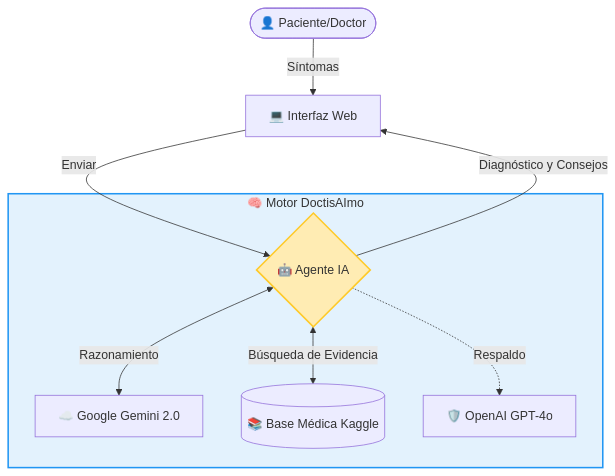
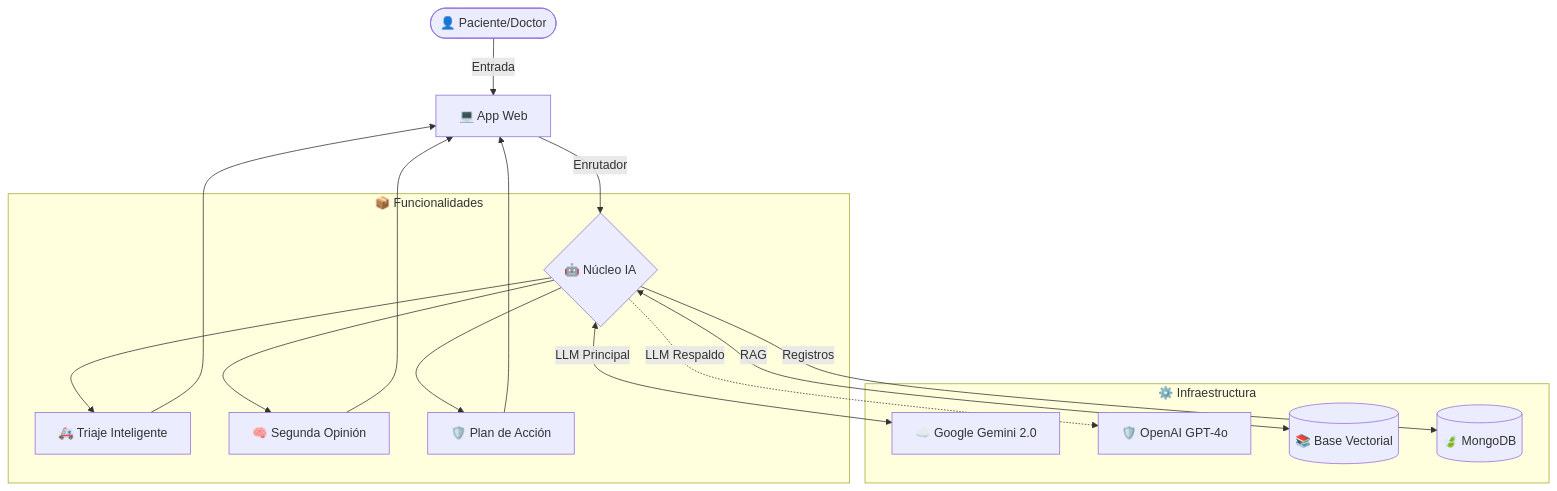
One commit to Adam-Blf/Projet-IA-Generative-Doctis-AI-mo changed the third of 8 diagrams in README.md. Above: the diagram before and after it, drawn with Mermaid. The commit also changed other lines of this file, not shown here.

Commit message:
Docs: Center Align Header & Enhanced Dark-Mode Friendly Diagrams

````diff
--- a/README.md
+++ b/README.md
@@ -241,16 +243,20 @@
 ```mermaid
 graph TD
-    User([👤 Paciente/Doctor]) -->|Síntomas| UI[💻 Interfaz Web];
-    UI -->|Enviar| Agent{🤖 Agente IA};
+    User([👤 Paciente/Doctor]) -->|Entrada| UI[💻 App Web];
+    UI -->|Enrutador| Agent{🤖 Núcleo IA};
     
-    subgraph Core [🧠 Motor DoctisAImo]
-        Agent <-->|Razonamiento| Gemini[☁️ Google Gemini 2.0];
-        Agent <-->|Búsqueda de Evidencia| RAG[(📚 Base Médica Kaggle)];
-        Agent -.->|Respaldo| GPT[🛡️ OpenAI GPT-4o];
+    subgraph Modules [📦 Funcionalidades]
+        Agent --> Triage[🚑 Triaje Inteligente];
+        Agent --> SecondOp[🧠 Segunda Opinión];
+        Agent --> Plan[🛡️ Plan de Acción];
+    end
+
+    subgraph Backend [⚙️ Infraestructura]
+        Agent <-->|LLM Principal| Gemini[☁️ Google Gemini 2.0];
+        Agent -.->|LLM Respaldo| GPT[🛡️ OpenAI GPT-4o];
+        Agent <-->|RAG| DB[(📚 Base Vectorial)];
+        Agent -->|Registros| Mongo[(🍃 MongoDB)];
     end
     
-    Agent -->|Diagnóstico y Consejos| UI;
-    
-    style Core fill:#e3f2fd,stroke:#2196f3,stroke-width:2px
-    style Agent fill:#ffecb3,stroke:#ffca28,stroke-width:2px
+    Triage & SecondOp & Plan --> UI;
 ```
````
